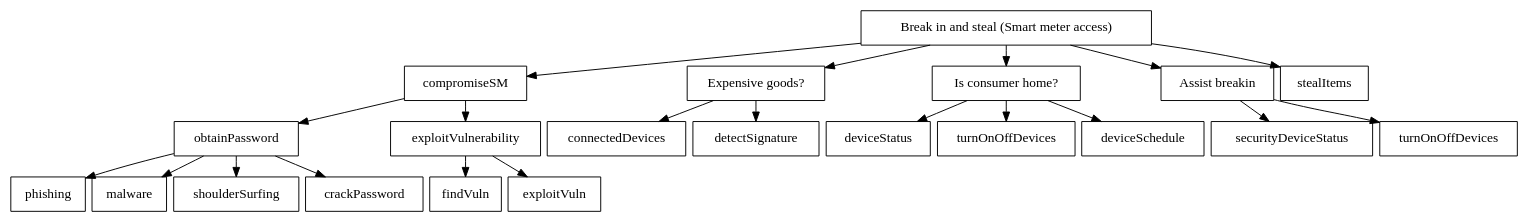
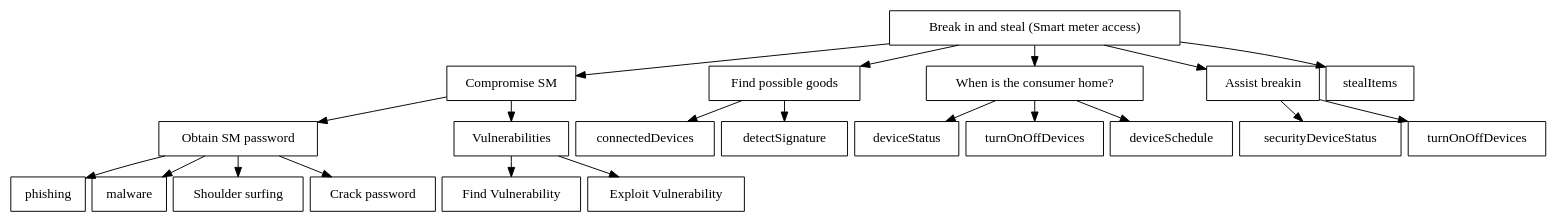
Before and after one commit to des904e15/report: the diagram in figures/graphviz/burglarSM.dot, drawn with Graphviz.

Commit message:
Added sentences - not all! #58

```diff
--- a/figures/graphviz/burglarSM.dot
+++ b/figures/graphviz/burglarSM.dot
@@ -1,44 +1,49 @@
 digraph G {
 
  graph[ center=true, margin=0.2, nodesep=0.1, ranksep=0.3]
  node[ shape=rectangle]
 
 root [label="Break in and steal (Smart meter access)", shape=AND];
-compromiseSM;
-goodstuff [label="Expensive goods?",shape=OR];
-atHome [label="Is consumer home?",shape=OR];
+compromiseSM[label="Compromise SM"];
+goodstuff [label="Find possible goods", shape=OR];
+atHome [label="When is the consumer home?", shape=OR];
 breakIn [label="Break in"];
 
 root -> compromiseSM;
 
-obtainPassword[shape=OR];
+obtainPassword[label="Obtain SM password", shape=OR];
 compromiseSM[shape=OR];
 compromiseSM -> obtainPassword;
 obtainPassword -> phishing;
 obtainPassword -> malware;
+shoulderSurfing[label="Shoulder surfing"];
 obtainPassword -> shoulderSurfing;
+crackPassword[label="Crack password"];
 obtainPassword -> crackPassword;
 
 exploitVulnerability[shape=AND];
+exploitVulnerability[label="Vulnerabilities"];
 compromiseSM -> exploitVulnerability;
+findVuln[label="Find Vulnerability"];
+exploitVuln[label="Exploit Vulnerability"];
 exploitVulnerability -> findVuln;
 exploitVulnerability -> exploitVuln;
 
 
 root -> goodstuff;
 connectedDevices;
 goodstuff->connectedDevices;
 goodstuff->detectSignature;
 
 root -> atHome;
 atHome -> deviceStatus;
 atHome -> turnOnOffDevices;
 atHome -> deviceSchedule;
 
 breakIn[shape=OR, label="Assist breakin"]
 root ->	breakIn;
 breakIn -> securityDeviceStatus;
 root -> stealItems;
 turnOnOffDevices2[label="turnOnOffDevices"];
 breakIn -> turnOnOffDevices2;
 }
```
